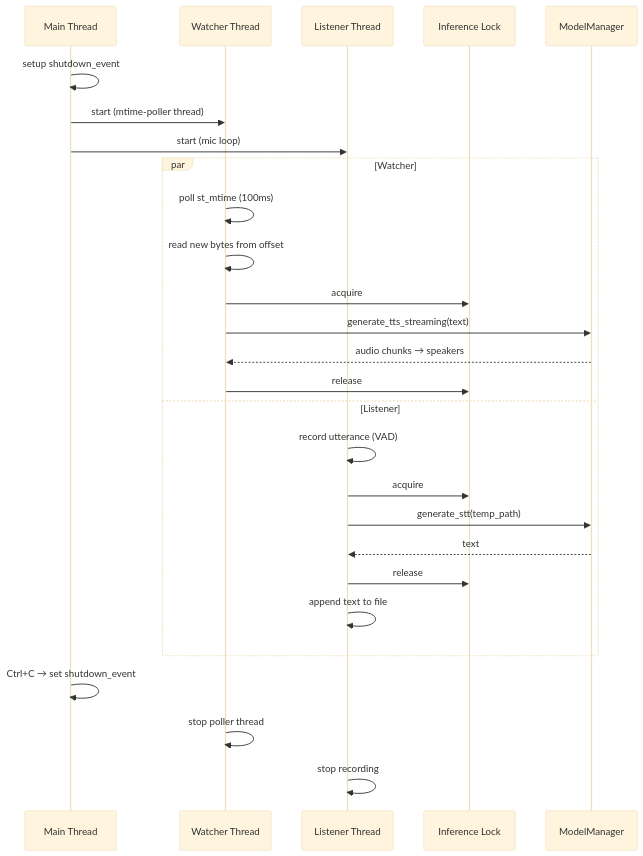
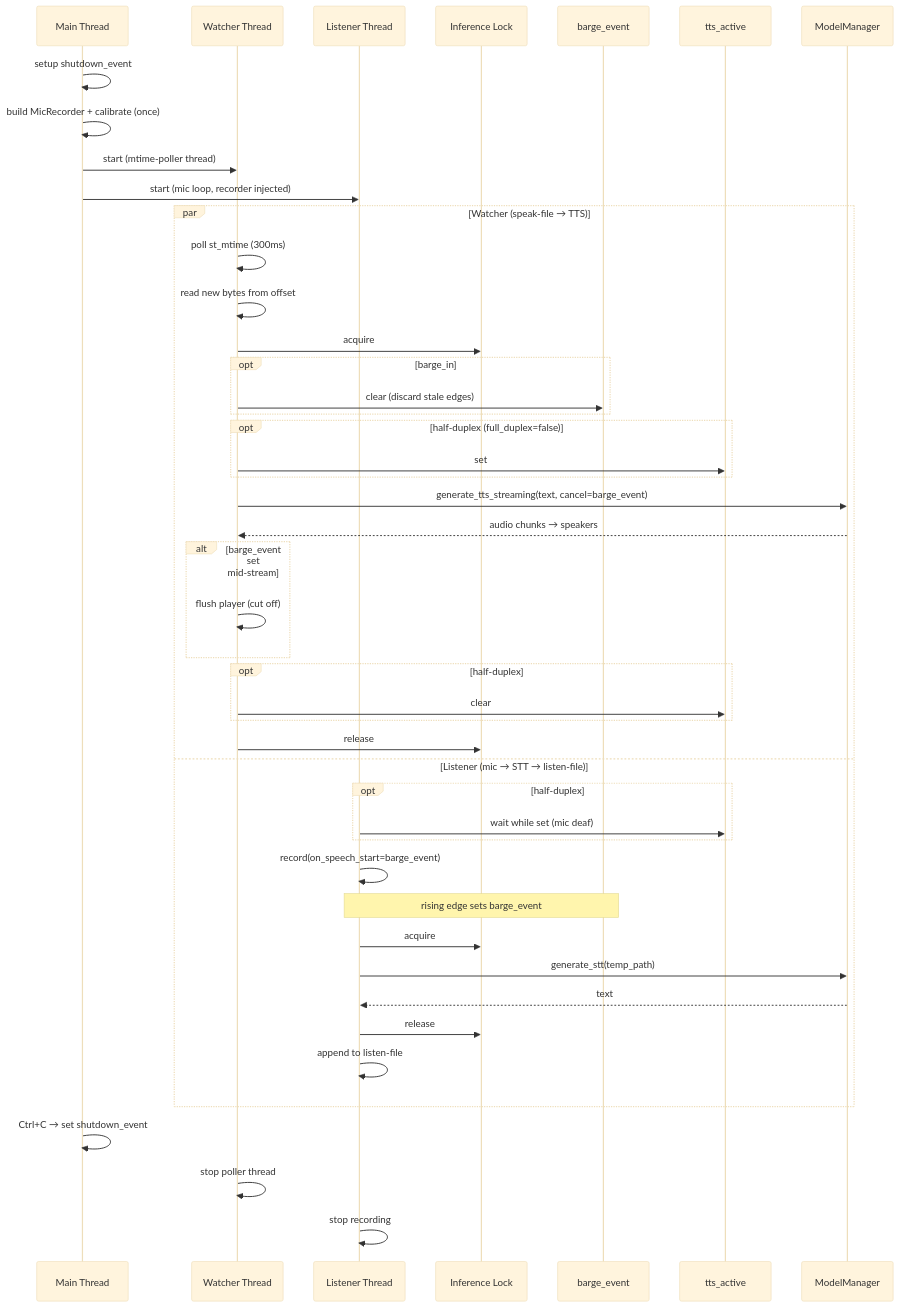
One commit to gatewaynode/conversational_ai changed the sixth of 6 diagrams in tasks/ARCHITECTURE.md. Above: the diagram before and after it, drawn with Mermaid (base theme). The commit also changed other lines of this file and 23 other files, not shown here.

````diff
--- a/tasks/ARCHITECTURE.md
+++ b/tasks/ARCHITECTURE.md
@@ -340,32 +444,51 @@
 ```mermaid
 sequenceDiagram
     participant Main as Main Thread
     participant WT as Watcher Thread
     participant LT as Listener Thread
     participant Lock as Inference Lock
+    participant BE as barge_event
+    participant TA as tts_active
     participant MM as ModelManager
 
     Main->>Main: setup shutdown_event
+    Main->>Main: build MicRecorder + calibrate (once)
     Main->>WT: start (mtime-poller thread)
-    Main->>LT: start (mic loop)
+    Main->>LT: start (mic loop, recorder injected)
 
-    par Watcher
-        WT->>WT: poll st_mtime (100ms)
+    par Watcher (speak-file → TTS)
+        WT->>WT: poll st_mtime (300ms)
         WT->>WT: read new bytes from offset
         WT->>Lock: acquire
-        WT->>MM: generate_tts_streaming(text)
+        opt barge_in
+            WT->>BE: clear (discard stale edges)
+        end
+        opt half-duplex (full_duplex=false)
+            WT->>TA: set
+        end
+        WT->>MM: generate_tts_streaming(text, cancel=barge_event)
         MM-->>WT: audio chunks → speakers
+        alt barge_event set mid-stream
+            WT->>WT: flush player (cut off)
+        end
+        opt half-duplex
+            WT->>TA: clear
+        end
         WT->>Lock: release
-    and Listener
-        LT->>LT: record utterance (VAD)
+    and Listener (mic → STT → listen-file)
+        opt half-duplex
+            LT->>TA: wait while set (mic deaf)
+        end
+        LT->>LT: record(on_speech_start=barge_event)
+        Note over LT,BE: rising edge sets barge_event
         LT->>Lock: acquire
         LT->>MM: generate_stt(temp_path)
         MM-->>LT: text
         LT->>Lock: release
-        LT->>LT: append text to file
+        LT->>LT: append to listen-file
     end
 
     Main->>Main: Ctrl+C → set shutdown_event
     WT->>WT: stop poller thread
     LT->>LT: stop recording
 ```
````
